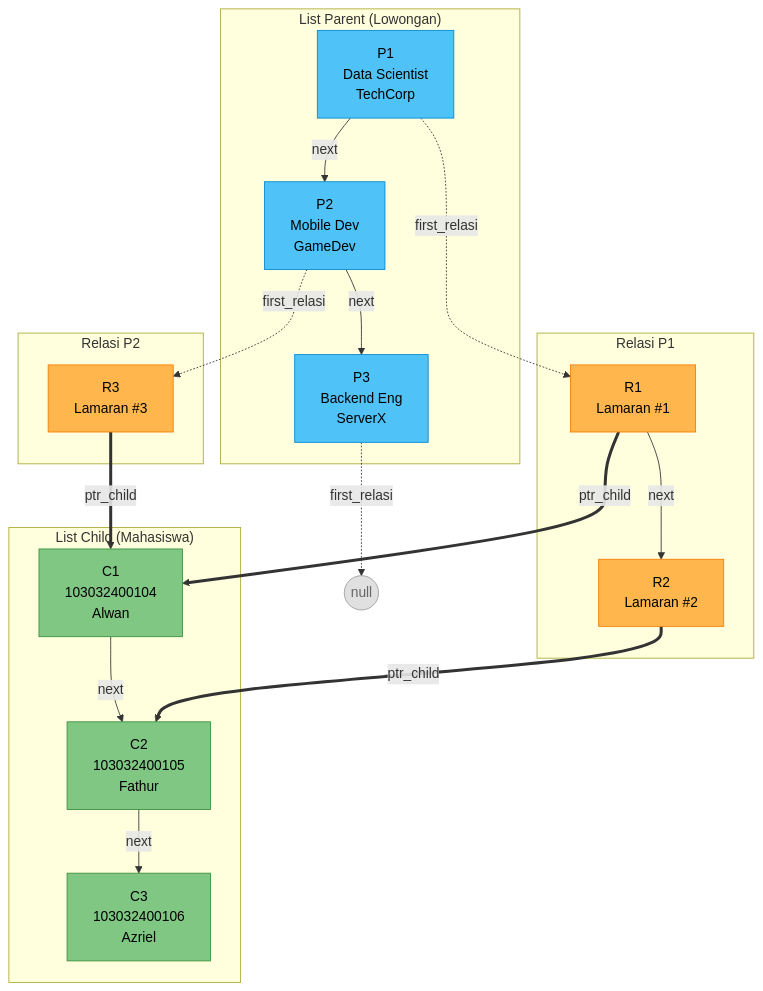
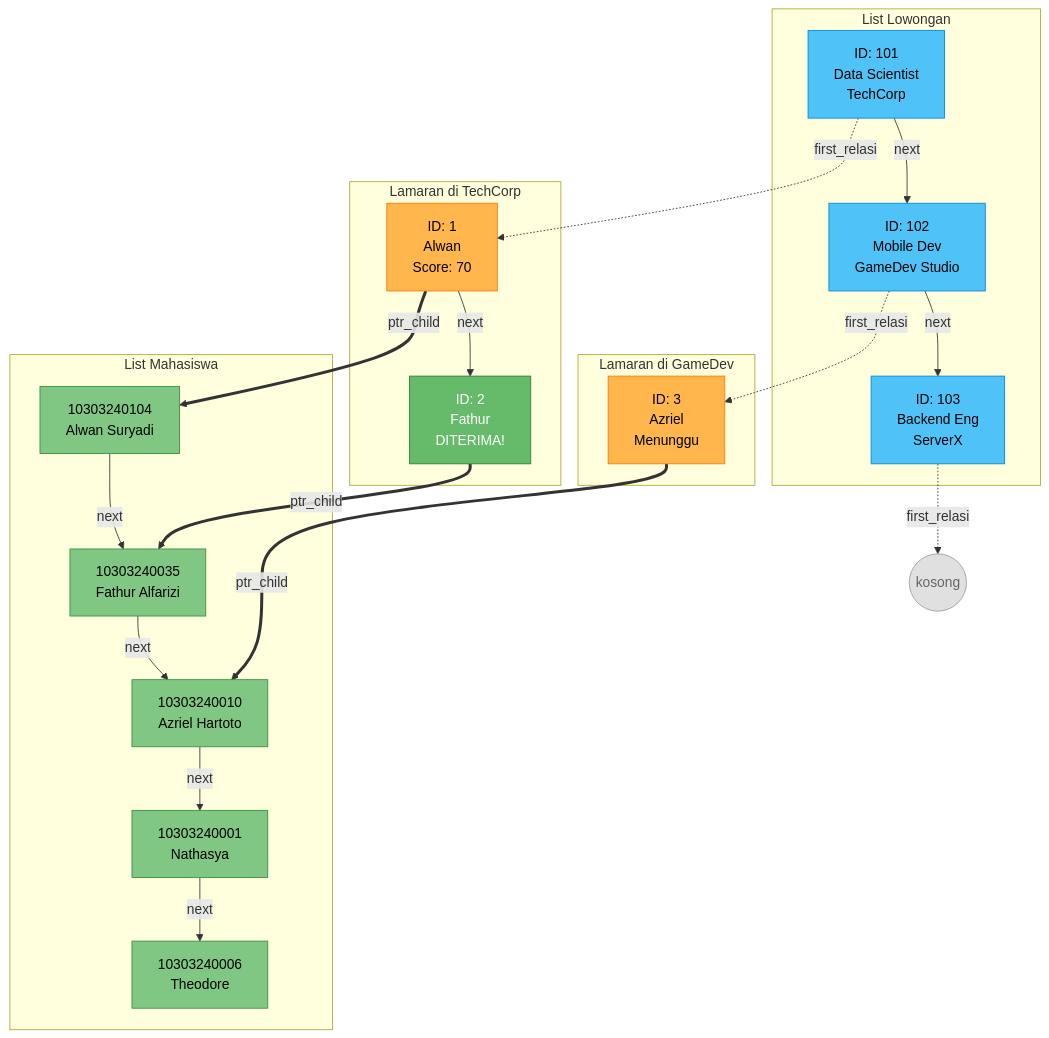
One commit to Ov3rkill15/Tugas-Besar-Struktur-Data changed the first of 2 diagrams in README.md. Above: the diagram before and after it, drawn with Mermaid. The commit also changed other lines of this file and 3 other files, not shown here.

````diff
--- a/README.md
+++ b/README.md
@@ -77,47 +77,51 @@
 ```mermaid
 graph TB
-    subgraph ListParent ["List Parent (Lowongan)"]
-        P1["P1<br/>Data Scientist<br/>TechCorp"]
-        P2["P2<br/>Mobile Dev<br/>GameDev"]
-        P3["P3<br/>Backend Eng<br/>ServerX"]
+    subgraph ListParent ["List Lowongan"]
+        P1["ID: 101<br/>Data Scientist<br/>TechCorp"]
+        P2["ID: 102<br/>Mobile Dev<br/>GameDev Studio"]
+        P3["ID: 103<br/>Backend Eng<br/>ServerX"]
         P1 -->|next| P2 -->|next| P3
     end
 
-    subgraph ListChild ["List Child (Mahasiswa)"]
-        C1["C1<br/>103032400104<br/>Alwan"]
-        C2["C2<br/>103032400105<br/>Fathur"]
-        C3["C3<br/>103032400106<br/>Azriel"]
-        C1 -->|next| C2 -->|next| C3
+    subgraph ListChild ["List Mahasiswa"]
+        C1["10303240104<br/>Alwan Suryadi"]
+        C2["10303240035<br/>Fathur Alfarizi"]
+        C3["10303240010<br/>Azriel Hartoto"]
+        C4["10303240001<br/>Nathasya"]
+        C5["10303240006<br/>Theodore"]
+        C1 -->|next| C2 -->|next| C3 -->|next| C4 -->|next| C5
     end
 
-    subgraph Relasi1 ["Relasi P1"]
-        R1["R1<br/>Lamaran #1"]
-        R2["R2<br/>Lamaran #2"]
+    subgraph Relasi1 ["Lamaran di TechCorp"]
+        R1["ID: 1<br/>Alwan<br/>Score: 70"]
+        R2["ID: 2<br/>Fathur<br/>DITERIMA!"]
         R1 -->|next| R2
     end
 
-    subgraph Relasi2 ["Relasi P2"]
-        R3["R3<br/>Lamaran #3"]
+    subgraph Relasi2 ["Lamaran di GameDev"]
+        R3["ID: 3<br/>Azriel<br/>Menunggu"]
     end
 
-    %% Parent to Relasi (first_relasi pointer)
+    %% Pointer first_relasi
     P1 -.->|first_relasi| R1
     P2 -.->|first_relasi| R3
-    P3 -.->|first_relasi| NULL1((null))
+    P3 -.->|first_relasi| NULL1((kosong))
 
-    %% Relasi to Child (ptr_child pointer)
+    %% Pointer ptr_child
     R1 ==>|ptr_child| C1
     R2 ==>|ptr_child| C2
-    R3 ==>|ptr_child| C1
+    R3 ==>|ptr_child| C3
 
     %% Styling
     classDef parent fill:#4fc3f7,stroke:#0288d1,color:#000
     classDef child fill:#81c784,stroke:#388e3c,color:#000
     classDef relasi fill:#ffb74d,stroke:#f57c00,color:#000
     classDef null fill:#e0e0e0,stroke:#9e9e9e,color:#666
+    classDef accepted fill:#66bb6a,stroke:#2e7d32,color:#fff
 
     class P1,P2,P3 parent
-    class C1,C2,C3 child
-    class R1,R2,R3 relasi
+    class C1,C2,C3,C4,C5 child
+    class R1,R3 relasi
+    class R2 accepted
     class NULL1 null
 ```
````
